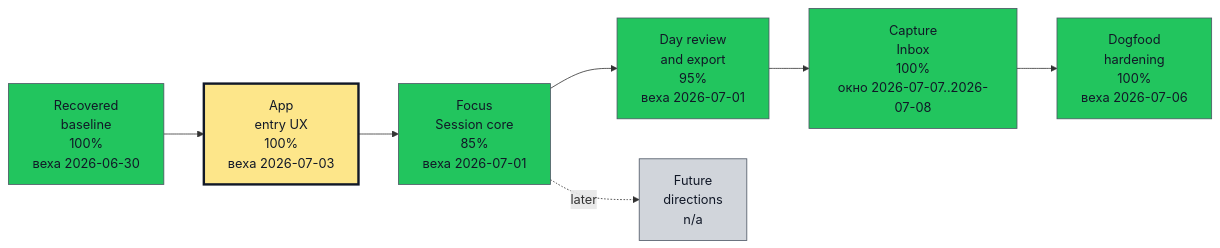
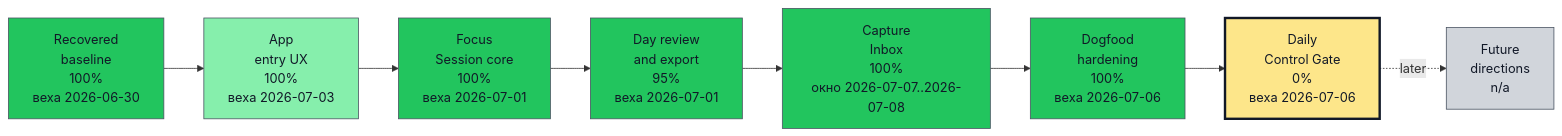
Before and after one commit to asukhodko/timeskein: the first of 2 diagrams in docs/roadmap/opskarta.md, drawn with Mermaid. The commit also changed other lines of this file and 6 other files, not shown here.

Commit message:
docs: align roadmap with daily-control gate

````diff
--- a/docs/roadmap/opskarta.md
+++ b/docs/roadmap/opskarta.md
@@ -35,35 +35,38 @@
 ```mermaid
 flowchart LR
 
     classDef exec_done fill:#22c55e,stroke:#4b5563,color:#111827,stroke-width:1px
     classDef exec_in_progress fill:#0ea5e9,stroke:#4b5563,color:#111827,stroke-width:1px
     classDef exec_blocked fill:#fecaca,stroke:#4b5563,color:#111827,stroke-width:1px
     classDef exec_not_started fill:#9ca3af,stroke:#4b5563,color:#111827,stroke-width:1px
     classDef exec_mgmt_green fill:#86efac,stroke:#4b5563,color:#111827,stroke-width:1px
     classDef exec_mgmt_yellow fill:#fde68a,stroke:#4b5563,color:#111827,stroke-width:1px
     classDef exec_mgmt_red fill:#fca5a5,stroke:#4b5563,color:#111827,stroke-width:1px
     classDef exec_mgmt_neutral fill:#d1d5db,stroke:#4b5563,color:#111827,stroke-width:1px
 
     recovered_baseline["Recovered<br/>baseline<br/>100%<br/>веха 2026-06-30"]
     class recovered_baseline exec_done
     app_entry_ux["App<br/>entry UX<br/>100%<br/>веха 2026-07-03"]
-    class app_entry_ux exec_mgmt_yellow
-    style app_entry_ux stroke:#111827,stroke-width:3px
-    focus_session_core["Focus<br/>Session core<br/>85%<br/>веха 2026-07-01"]
+    class app_entry_ux exec_mgmt_green
+    focus_session_core["Focus<br/>Session core<br/>100%<br/>веха 2026-07-01"]
     class focus_session_core exec_done
     day_review_export["Day review<br/>and export<br/>95%<br/>веха 2026-07-01"]
     class day_review_export exec_done
     capture_inbox["Capture<br/>Inbox<br/>100%<br/>окно 2026-07-07..2026-07-08"]
     class capture_inbox exec_done
     dogfood_hardening["Dogfood<br/>hardening<br/>100%<br/>веха 2026-07-06"]
     class dogfood_hardening exec_done
+    daily_control_gate["Daily<br/>Control Gate<br/>0%<br/>веха 2026-07-06"]
+    class daily_control_gate exec_mgmt_yellow
+    style daily_control_gate stroke:#111827,stroke-width:3px
     future_directions["Future<br/>directions<br/>n/a"]
     class future_directions exec_mgmt_neutral
 
     recovered_baseline --> app_entry_ux
     app_entry_ux --> focus_session_core
     focus_session_core --> day_review_export
     day_review_export --> capture_inbox
     capture_inbox --> dogfood_hardening
-    focus_session_core -. later .-> future_directions
+    dogfood_hardening --> daily_control_gate
+    daily_control_gate -. later .-> future_directions
 ```
````
